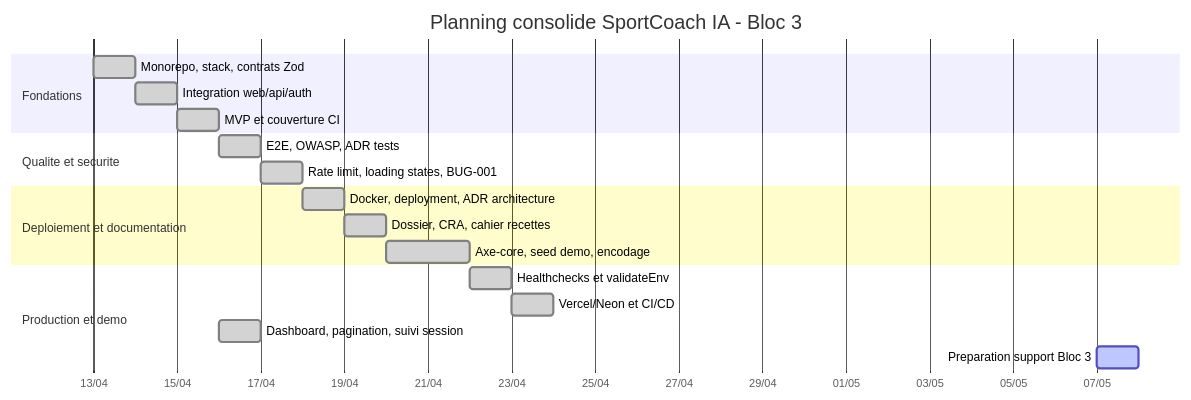
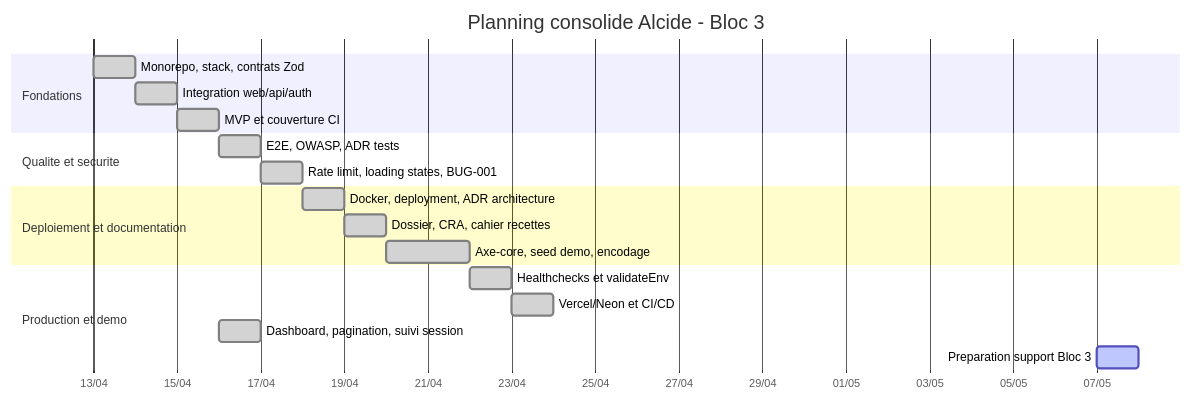
The diagram in docs/rncp/bloc3-pilotage-projet-rncp39583.md (Kevinmrgt/aiSport), drawn with Mermaid before and after one commit. The commit also changed other lines of this file and 168 other files, not shown here.

````diff
--- a/docs/rncp/bloc3-pilotage-projet-rncp39583.md
+++ b/docs/rncp/bloc3-pilotage-projet-rncp39583.md
@@ -143,26 +143,26 @@
 ```mermaid
 gantt
-    title Planning consolide SportCoach IA - Bloc 3
+    title Planning consolide Alcide - Bloc 3
     dateFormat  YYYY-MM-DD
     axisFormat  %d/%m
 
     section Fondations
     Monorepo, stack, contrats Zod              :done, s1, 2026-04-13, 1d
     Integration web/api/auth                   :done, s2, after s1, 1d
     MVP et couverture CI                       :done, s3, after s2, 1d
 
     section Qualite et securite
     E2E, OWASP, ADR tests                      :done, s4, after s3, 1d
     Rate limit, loading states, BUG-001        :done, s5, after s4, 1d
 
     section Deploiement et documentation
     Docker, deployment, ADR architecture       :done, s6, after s5, 1d
     Dossier, CRA, cahier recettes              :done, s7, after s6, 1d
     Axe-core, seed demo, encodage              :done, s8, after s7, 2d
 
     section Production et demo
     Healthchecks et validateEnv                :done, s10, after s8, 1d
     Vercel/Neon et CI/CD                       :done, s11, after s10, 1d
     Dashboard, pagination, suivi session       :done, s12, 2026-04-16, 1d
     Preparation support Bloc 3                 :active, b3, 2026-05-07, 1d
 ```
````
